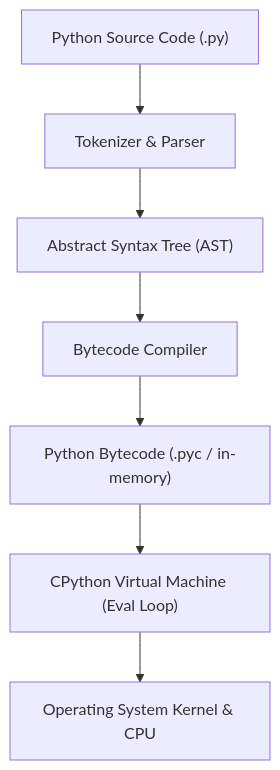
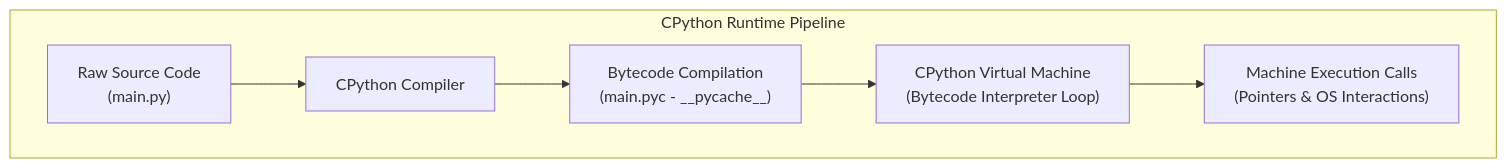
One commit to chirag127/oriz-blog changed the first of 2 diagrams in src/content/blog/it-career-guide/part-04-python-mastery.mdx. Above: the diagram before and after it, drawn with Mermaid. The commit also changed other lines of this file and 14 other files, not shown here.

````diff
--- a/src/content/blog/it-career-guide/part-04-python-mastery.mdx
+++ b/src/content/blog/it-career-guide/part-04-python-mastery.mdx
@@ -29,9 +30,9 @@
 ```mermaid
 graph TD
-    Source["Python Source Code (.py)"] --> Compiler["Tokenizer & Parser"]
-    Compiler --> AST["Abstract Syntax Tree (AST)"]
-    AST --> BytecodeGen["Bytecode Compiler"]
-    BytecodeGen --> Bytecode["Python Bytecode (.pyc / in-memory)"]
-    Bytecode --> VM["CPython Virtual Machine (Eval Loop)"]
-    VM --> SystemCalls["Operating System Kernel & CPU"]
+    subgraph CPython Runtime Pipeline
+    code["Raw Source Code<br>(main.py)"] --> compiler["CPython Compiler"]
+    compiler --> bytecode["Bytecode Compilation<br>(main.pyc - __pycache__)"]
+    bytecode --> vm["CPython Virtual Machine<br>(Bytecode Interpreter Loop)"]
+    vm --> exec["Machine Execution Calls<br>(Pointers & OS Interactions)"]
+    end
 ```
````
